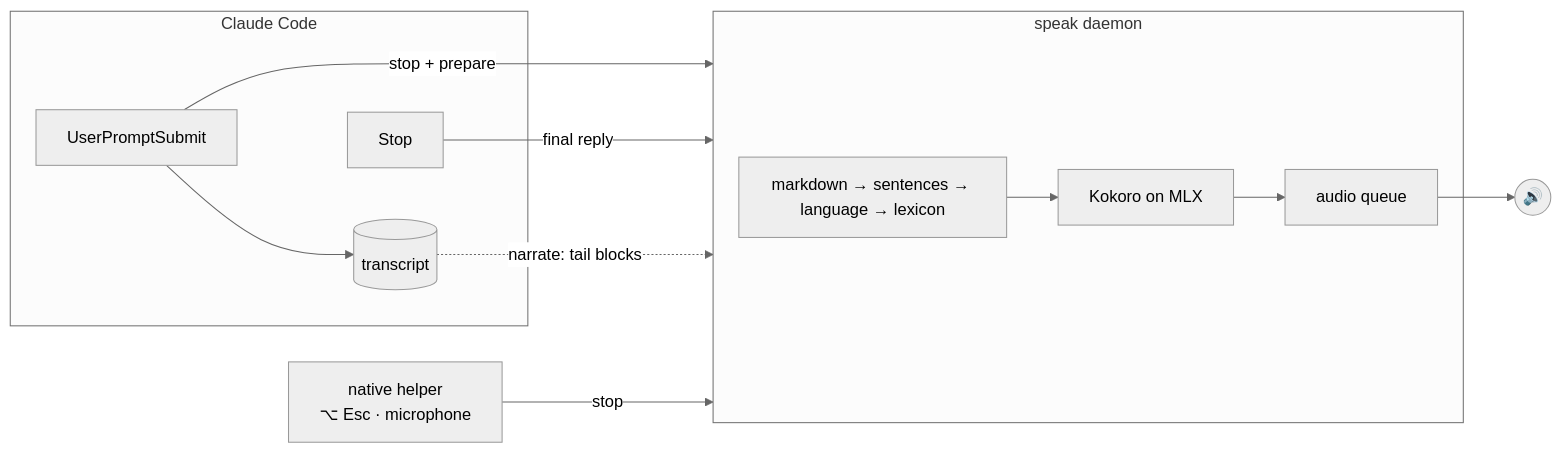
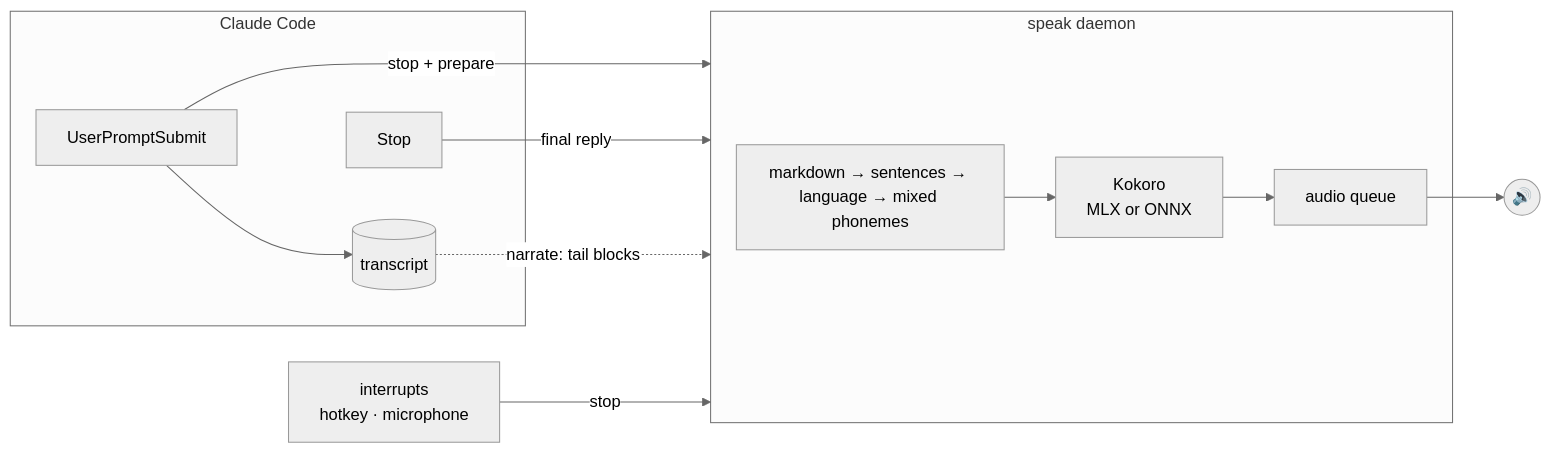
The diagram in README.md (Jibaru/speak), drawn with Mermaid (neutral theme) before and after one commit. The commit also changed other lines of this file, not shown here.

Commit message:
docs: document cross-platform support, engines and mixed-language pronunciation

````diff
--- a/README.md
+++ b/README.md
@@ -113,16 +142,16 @@
 ```mermaid
 flowchart LR
     subgraph CC[Claude Code]
         P[UserPromptSubmit] --> T[(transcript)]
         S[Stop]
     end
     P -- stop + prepare --> D
     S -- final reply --> D
     T -. narrate: tail blocks .-> D
     subgraph D[speak daemon]
-        X[markdown → sentences → language → lexicon] --> K[Kokoro on MLX]
+        X[markdown → sentences → language → mixed phonemes] --> K[Kokoro<br/>MLX or ONNX]
         K --> A[audio queue]
     end
-    H[native helper<br/>⌥ Esc · microphone] -- stop --> D
+    H[interrupts<br/>hotkey · microphone] -- stop --> D
     A --> O((🔊))
 ```
````
